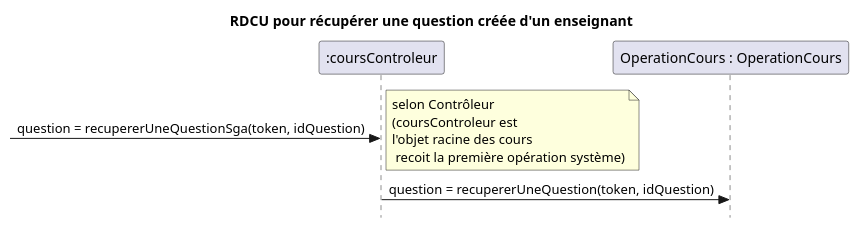
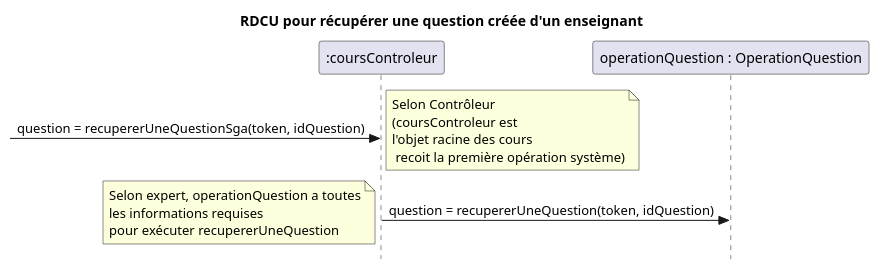
One commit to nerdz88/SGA-TS changed the second of 2 diagrams in docs/Récupérer question/RDCU_Recuperer_Question.puml. Above: the diagram before and after it, drawn with PlantUML. The commit also changed other lines of this file and 6 other files, not shown here.

```diff
--- a/docs/Récupérer question/RDCU_Recuperer_Question.puml
+++ b/docs/Récupérer question/RDCU_Recuperer_Question.puml
@@ -13,10 +14,11 @@
 @startuml recupererUneQuestion
 skinparam style strictuml
 skinparam defaultfontname Verdana
 title RDCU pour récupérer une question créée d'un enseignant
 participant ":coursControleur" as controleur
-participant "OperationCours : OperationCours" as mapCours
+participant "operationQuestion : OperationQuestion" as mapCours
 ->controleur : question = recupererUneQuestionSga(token, idQuestion)
-note right : selon Contrôleur\n(coursControleur est\nl'objet racine des cours\n recoit la première opération système)
+note right : Selon Contrôleur\n(coursControleur est\nl'objet racine des cours\n recoit la première opération système)
 controleur -> mapCours : question = recupererUneQuestion(token, idQuestion)
+note left : Selon expert, operationQuestion a toutes\nles informations requises\npour exécuter recupererUneQuestion
 @enduml
```
